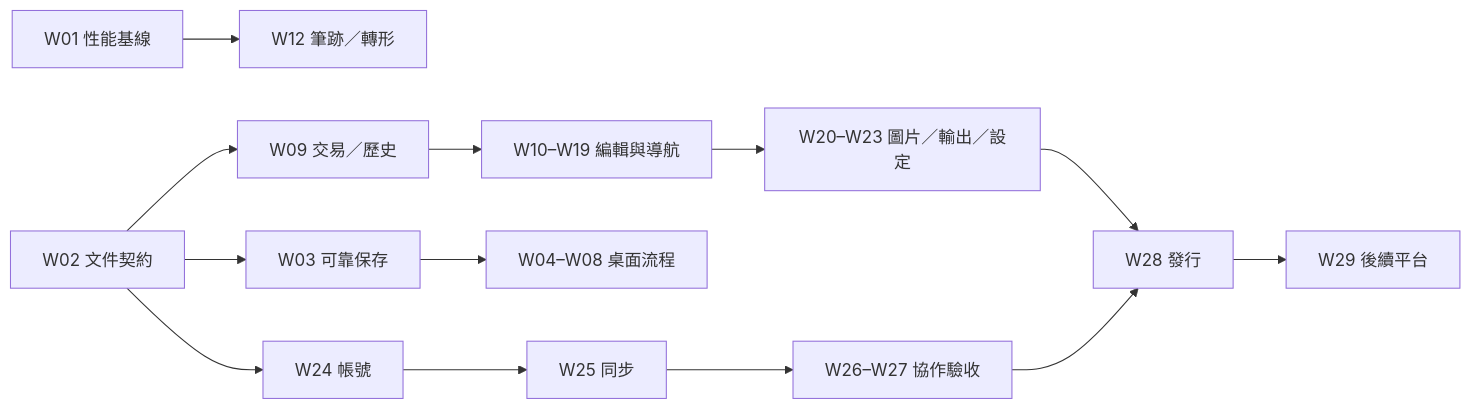
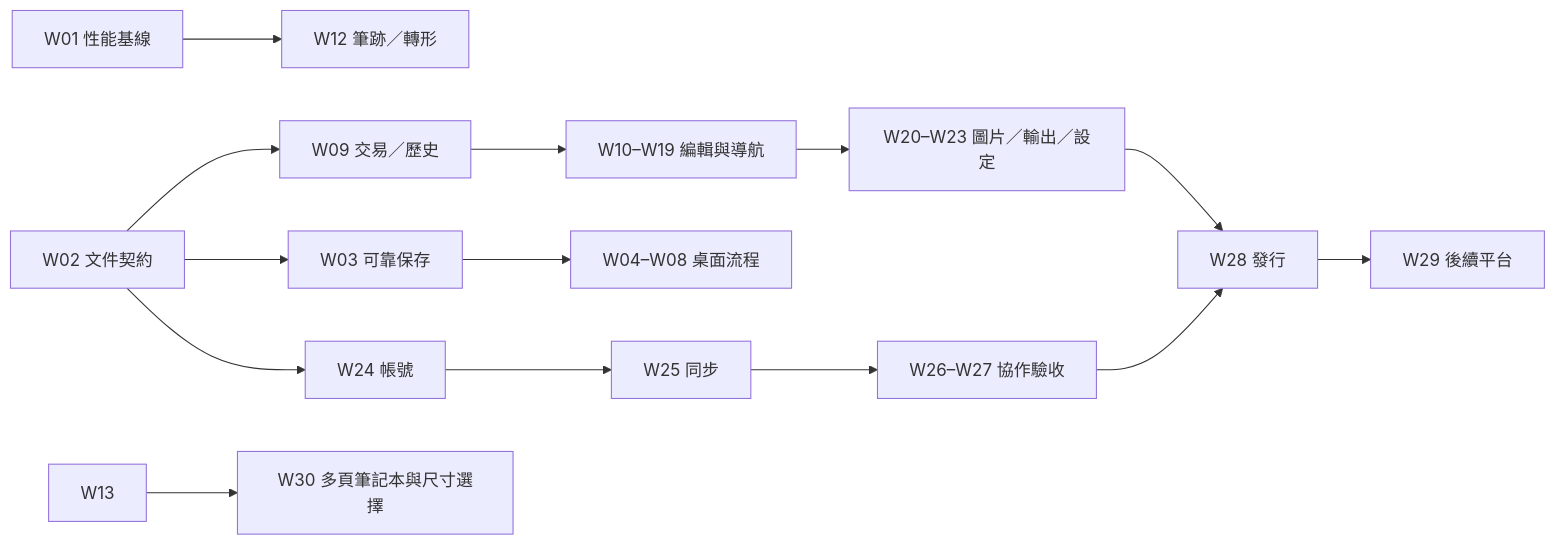
The diagram in docs/WORK_BACKLOG.zh-TW.md (VirginBear/HeiBan), drawn with Mermaid before and after one commit. The commit also changed other lines of this file and 14 other files, not shown here.

````diff
--- a/docs/WORK_BACKLOG.zh-TW.md
+++ b/docs/WORK_BACKLOG.zh-TW.md
@@ -210,15 +216,16 @@
 ```mermaid
 flowchart LR
     W01[W01 性能基線] --> W12[W12 筆跡／轉形]
     W02[W02 文件契約] --> W03[W03 可靠保存]
     W02 --> W09[W09 交易／歷史]
     W09 --> Edit[W10–W19 編輯與導航]
     W03 --> Desktop[W04–W08 桌面流程]
     Edit --> Export[W20–W23 圖片／輸出／設定]
     W02 --> Auth[W24 帳號]
     Auth --> Sync[W25 同步]
     Sync --> Collab[W26–W27 協作驗收]
     Export --> Release[W28 發行]
     Collab --> Release
     Release --> Platforms[W29 後續平台]
+    W13 --> W30[W30 多頁筆記本與尺寸選擇]
 ```
````
